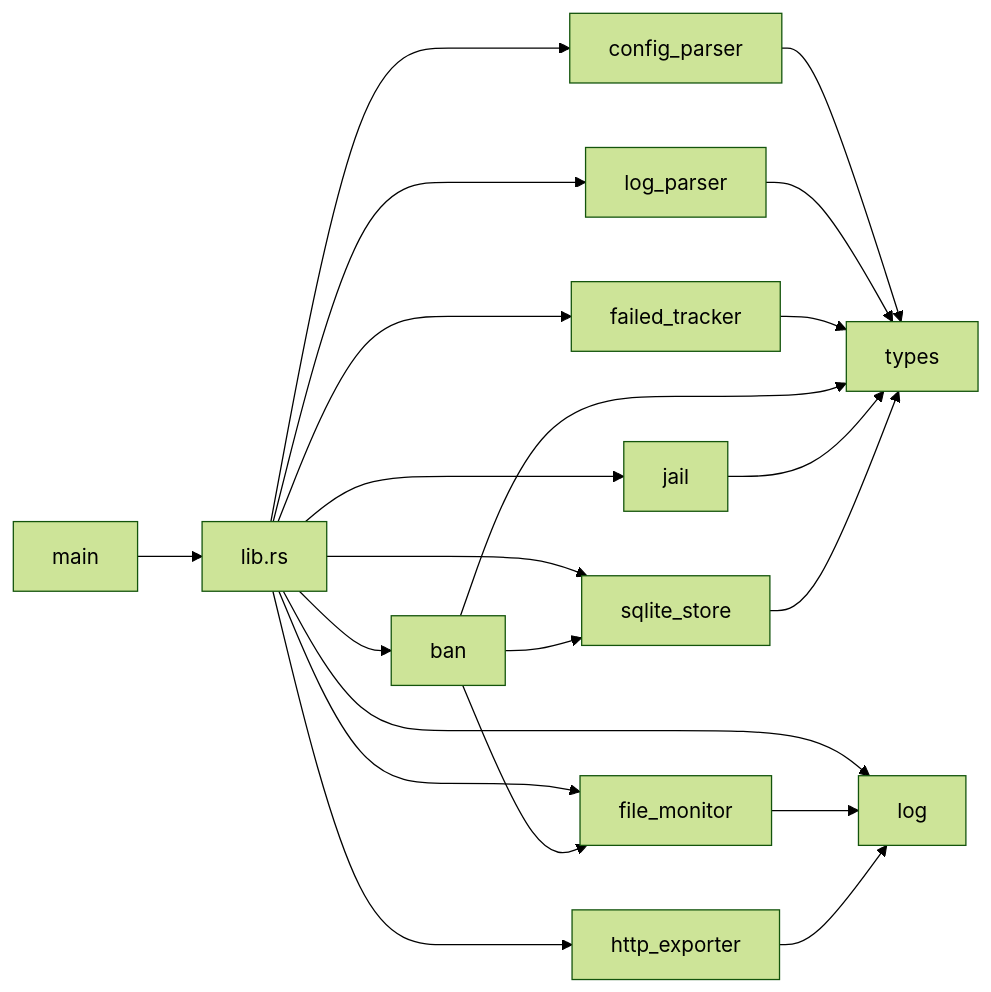
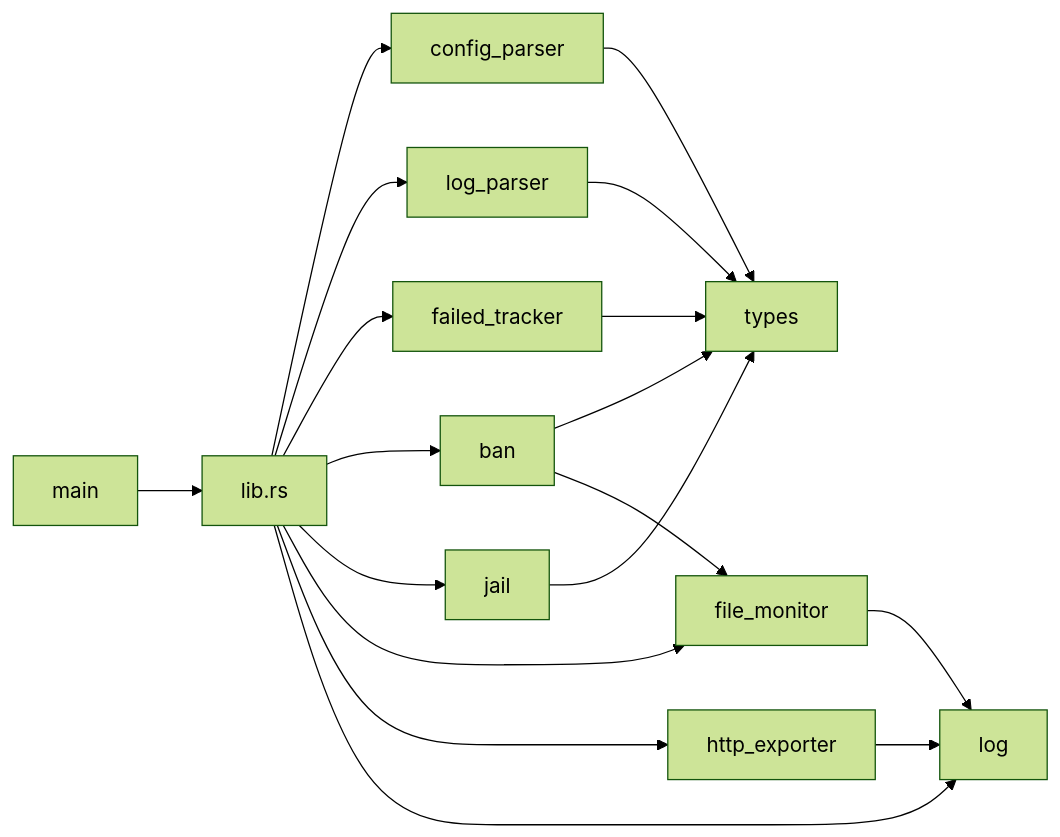
Before and after one commit to SnowCore8/linux-firewall-kmod: the first of 7 diagrams in docs/zh/architecture/daemon.md, drawn with Mermaid (forest theme). The commit also changed other lines of this file and 39 other files, not shown here.

````diff
--- a/docs/zh/architecture/daemon.md
+++ b/docs/zh/architecture/daemon.md
@@ -44,23 +42,20 @@
 ```mermaid
 graph LR
     main["main"] --> lib["lib.rs"]
     lib --> config_parser
     lib --> log_parser
     lib --> failed_tracker
     lib --> ban
     lib --> jail
     lib --> file_monitor
-    lib --> sqlite_store
     lib --> http_exporter
     lib --> log
     config_parser --> types
     log_parser --> types
     failed_tracker --> types
     ban --> types
     jail --> types
-    sqlite_store --> types
-    ban --> sqlite_store
     ban --> file_monitor
     file_monitor --> log
     http_exporter --> log
 ```
````
